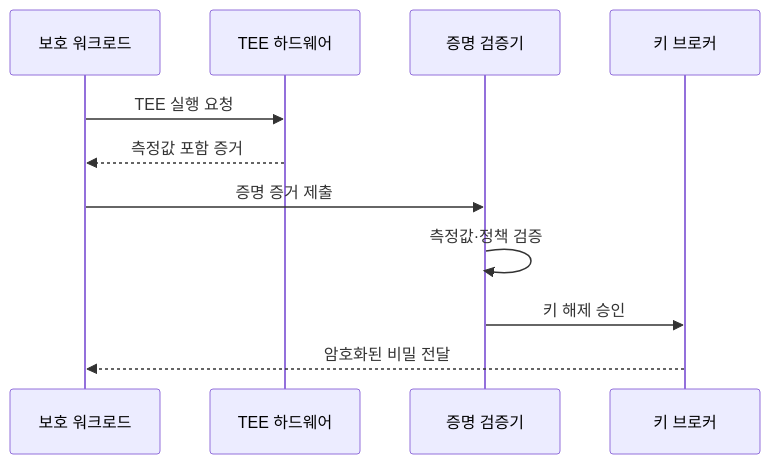
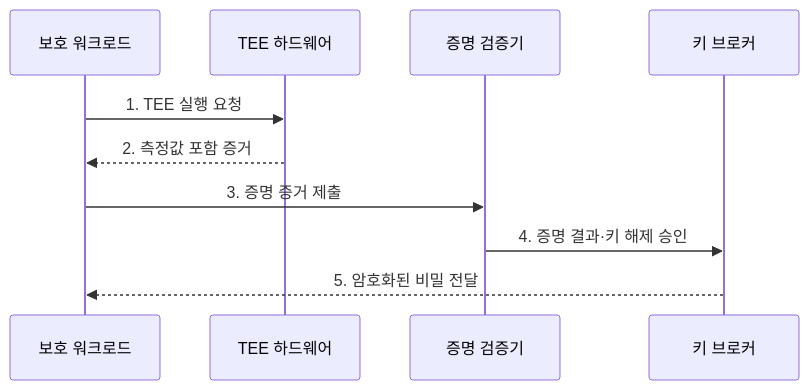
One commit to agnusdei1207/knowledge-base changed the second of 2 diagrams in src/content/docs/notes/05-security/019_confidential_computing.md. Above: the diagram before and after it, drawn with Mermaid. The commit also changed other lines of this file and 22 other files, not shown here.

````diff
--- a/src/content/docs/notes/05-security/019_confidential_computing.md
+++ b/src/content/docs/notes/05-security/019_confidential_computing.md
@@ -87,13 +85,12 @@
 ```mermaid
 sequenceDiagram
     participant W as 보호 워크로드
     participant T as TEE 하드웨어
     participant V as 증명 검증기
     participant K as 키 브로커
-    W->>T: TEE 실행 요청
-    T-->>W: 측정값 포함 증거
-    W->>V: 증명 증거 제출
-    V->>V: 측정값·정책 검증
-    V->>K: 키 해제 승인
-    K-->>W: 암호화된 비밀 전달
+    W->>T: 1. TEE 실행 요청
+    T-->>W: 2. 측정값 포함 증거
+    W->>V: 3. 증명 증거 제출
+    V->>K: 4. 증명 결과·키 해제 승인
+    K-->>W: 5. 암호화된 비밀 전달
 ```
````
